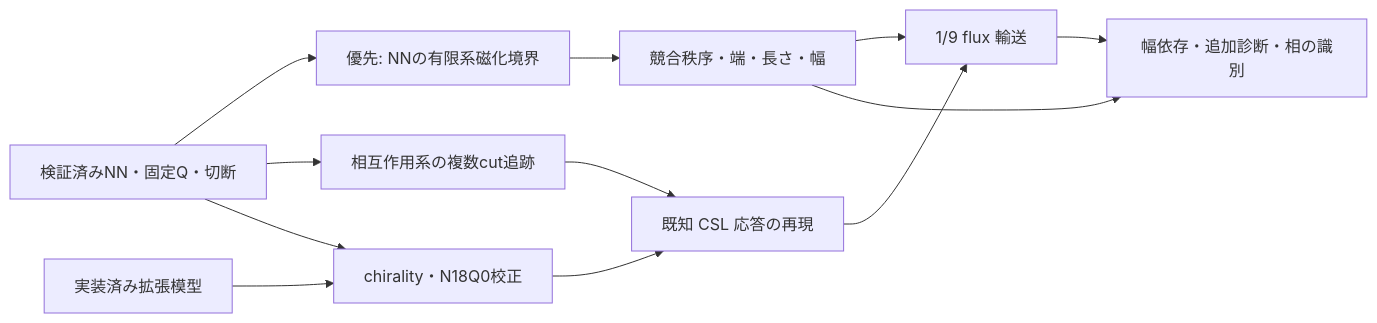
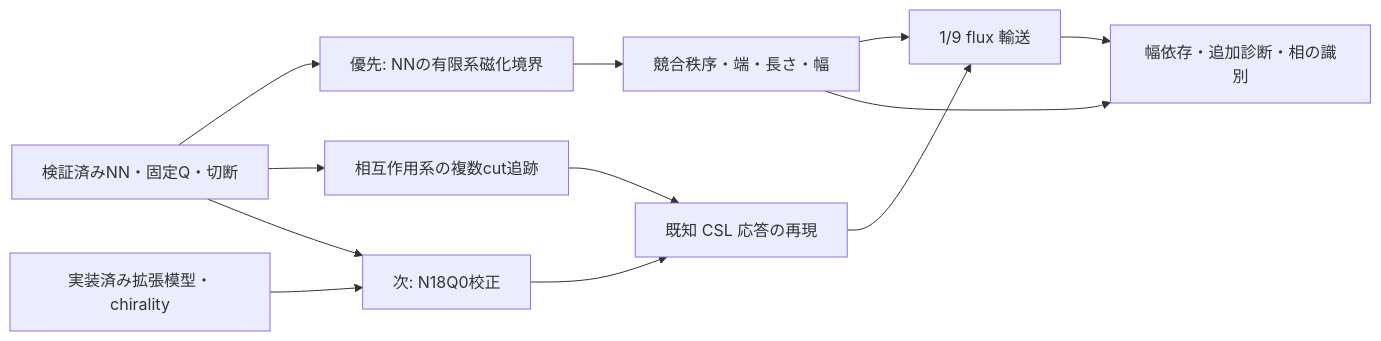
The diagram in ROADMAP.md (MGYamada/KagomeDMRG.jl), drawn with Mermaid before and after one commit. The commit also changed other lines of this file and 15 other files, not shown here.

Commit message:
feat: calibrate chirality and advance the research roadmap

````diff
--- a/ROADMAP.md
+++ b/ROADMAP.md
@@ -256,14 +296,14 @@
 ```mermaid
 flowchart LR
   BASE[検証済みNN・固定Q・切断] --> STATIC[優先: NNの有限系磁化境界]
   STATIC --> ORDER[競合秩序・端・長さ・幅]
   BASE --> P2[相互作用系の複数cut追跡]
-  CSL[実装済み拡張模型] --> P3a[chirality・N18Q0校正]
+  CSL[実装済み拡張模型・chirality] --> P3a[次: N18Q0校正]
   BASE --> P3a
   P2 --> P3b[既知 CSL 応答の再現]
   P3a --> P3b
   P3b --> P4b[1/9 flux 輸送]
   ORDER --> P4b
   ORDER --> P6[幅依存・追加診断・相の識別]
   P4b --> P6
 ```
````
